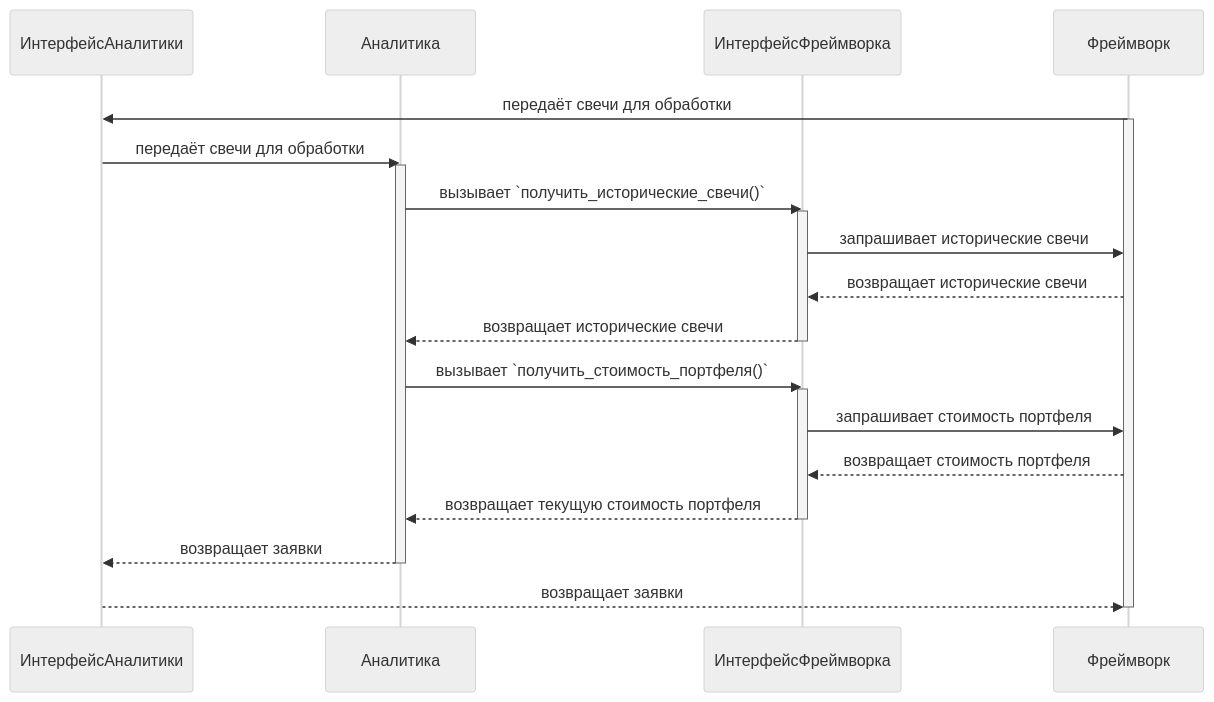
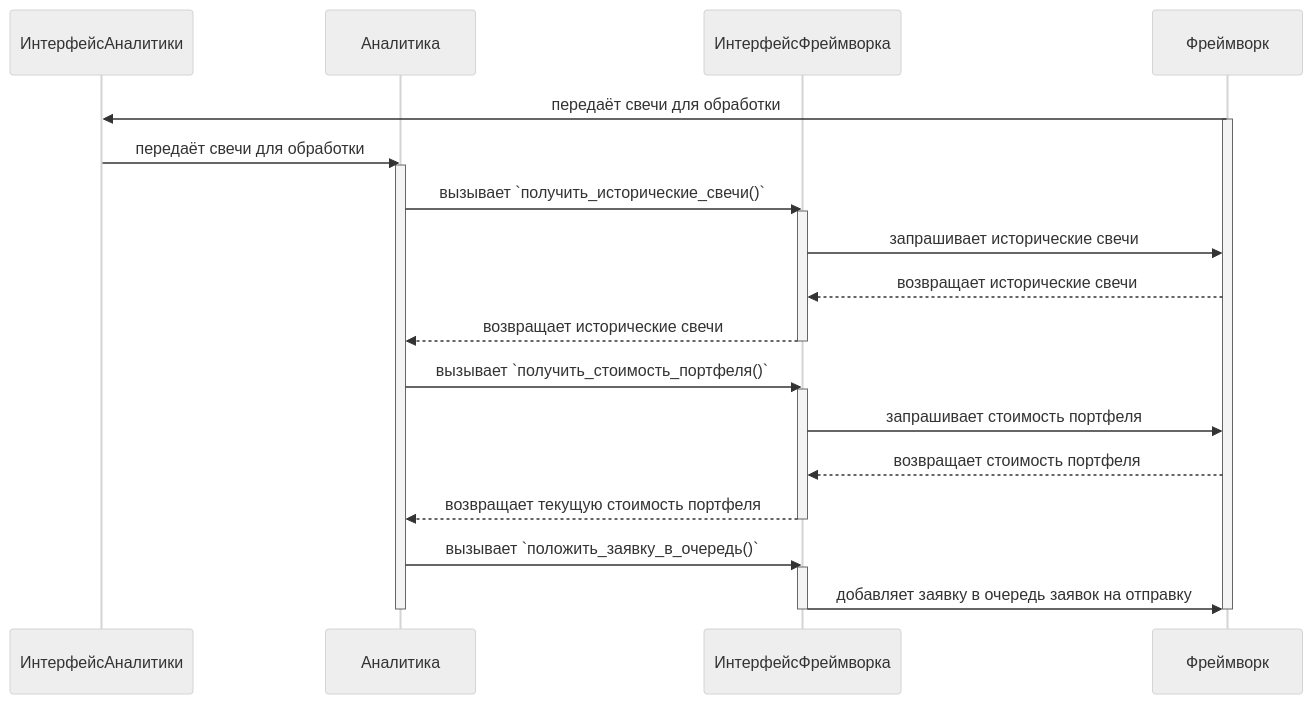
Before and after one commit to Marat22/MiriadRobotDocs: the seventh of 22 diagrams in robot-logic.md, drawn with Mermaid (neutral theme). The commit also changed other lines of this file, not shown here.

Commit message:
Аналитика не возвращает заявки в ответ на свечи, а отправляет в процессе обработки свечей

````diff
--- a/robot-logic.md
+++ b/robot-logic.md
@@ -152,28 +156,30 @@
 ```mermaid
 sequenceDiagram
     participant ИнтерфейсАналитики
     participant Аналитика
     participant ИнтерфейсФреймворка
     participant Фреймворк
 
     Фреймворк->>ИнтерфейсАналитики: передаёт свечи для обработки
     activate Фреймворк
     ИнтерфейсАналитики->>Аналитика: передаёт свечи для обработки
     activate Аналитика
     Аналитика->>ИнтерфейсФреймворка: вызывает `получить_исторические_свечи()`
     activate ИнтерфейсФреймворка
     ИнтерфейсФреймворка->>Фреймворк: запрашивает исторические свечи
     Фреймворк-->>ИнтерфейсФреймворка: возвращает исторические свечи
     ИнтерфейсФреймворка-->>Аналитика: возвращает исторические свечи
     deactivate ИнтерфейсФреймворка
     Аналитика->>ИнтерфейсФреймворка: вызывает `получить_стоимость_портфеля()`
     activate ИнтерфейсФреймворка
     ИнтерфейсФреймворка->>Фреймворк: запрашивает стоимость портфеля
     Фреймворк-->>ИнтерфейсФреймворка: возвращает стоимость портфеля
     ИнтерфейсФреймворка-->>Аналитика: возвращает текущую стоимость портфеля
     deactivate ИнтерфейсФреймворка
-    Аналитика-->>ИнтерфейсАналитики: возвращает заявки
+    Аналитика->>ИнтерфейсФреймворка: вызывает `положить_заявку_в_очередь()`
+    activate ИнтерфейсФреймворка
+    ИнтерфейсФреймворка->>Фреймворк: добавляет заявку в очередь заявок на отправку
+    deactivate ИнтерфейсФреймворка
     deactivate Аналитика
-    ИнтерфейсАналитики-->>Фреймворк: возвращает заявки
     deactivate Фреймворк
 ```
````
